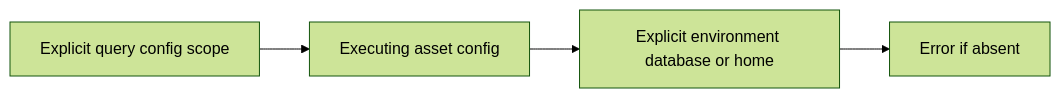
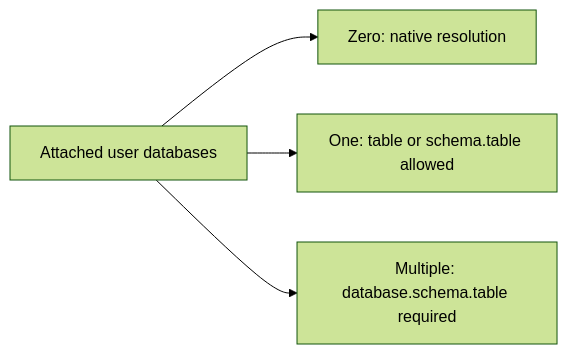
One commit to RFARQ3/assquack changed the second of 2 diagrams in docs/configuration.md. Above: the diagram before and after it, drawn with Mermaid (forest theme). The commit also changed other lines of this file and 103 other files, not shown here.

````diff
--- a/docs/configuration.md
+++ b/docs/configuration.md
@@ -79,6 +79,6 @@
 ```mermaid
 flowchart LR
-  Scope[Explicit query config scope] --> Asset[Executing asset config]
-  Asset --> Environment[Explicit environment database or home]
-  Environment --> Missing[Error if absent]
+  Count[Attached user databases] --> Zero[Zero: native resolution]
+  Count --> One[One: table or schema.table allowed]
+  Count --> Many[Multiple: database.schema.table required]
 ```
````
